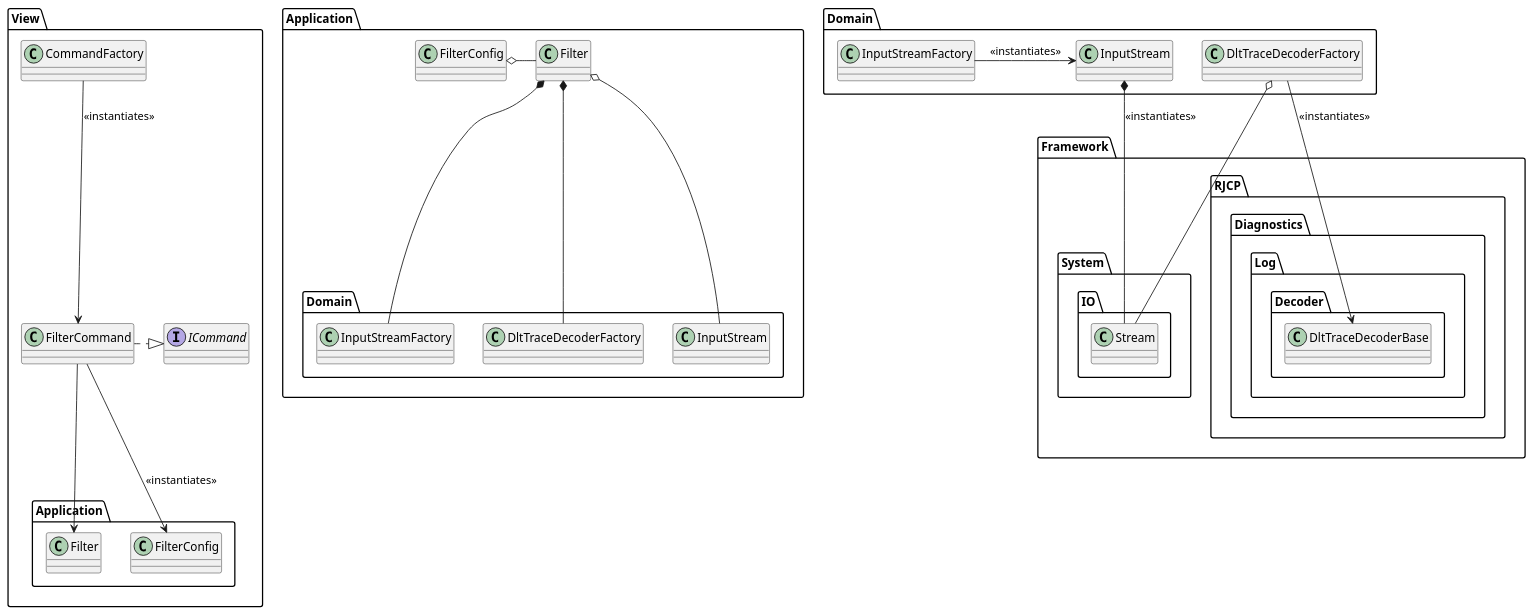
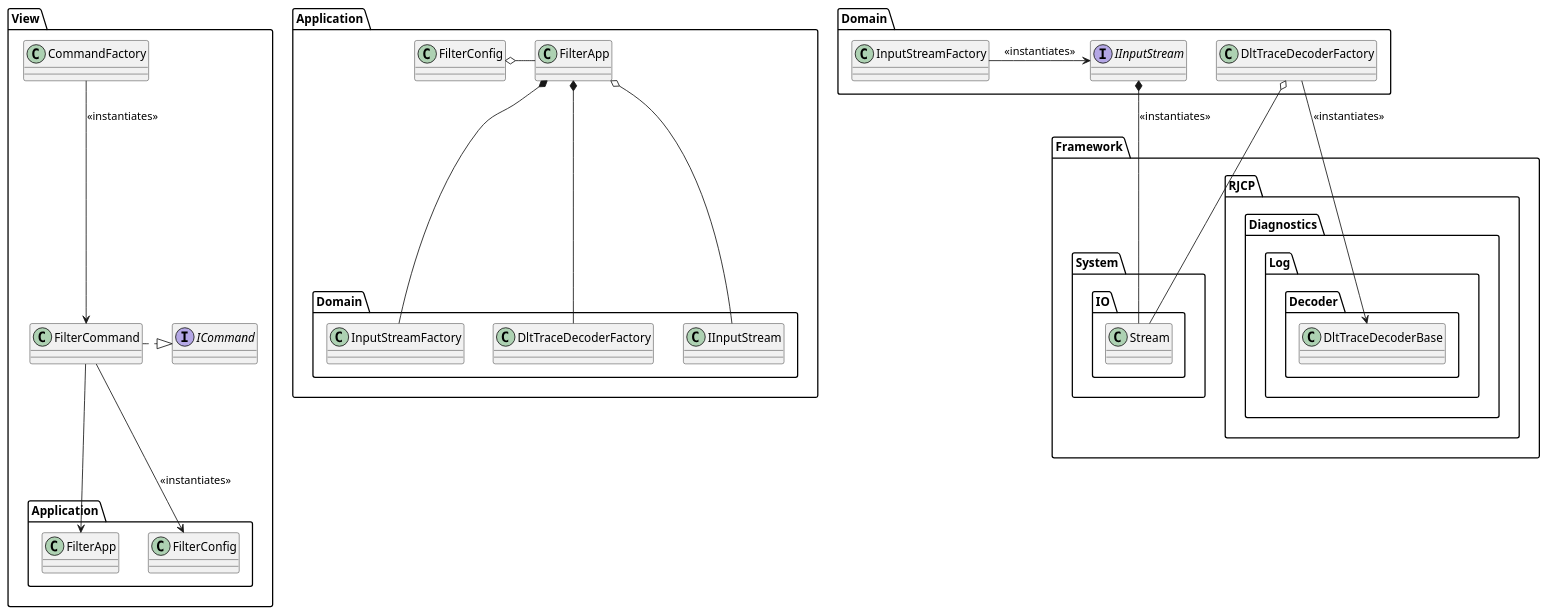
One commit to jcurl/RJCP.DLL.Log changed the diagram in apps/DltDump/docs/diagrams/appfilterinit.plantuml. Above: the diagram before and after it, drawn with PlantUML. The commit also changed 31 other files, not shown here.

```diff
--- a/apps/DltDump/docs/diagrams/appfilterinit.plantuml
+++ b/apps/DltDump/docs/diagrams/appfilterinit.plantuml
@@ -1,52 +1,52 @@
 @startuml App.Filter.Initialization
 
 namespace View {
     class CommandFactory
 
     interface ICommand
     class FilterCommand
 
     ICommand <|.l.FilterCommand
 
     CommandFactory --> FilterCommand : <<instantiates>>
 
-    FilterCommand --> Application.Filter
+    FilterCommand --> Application.FilterApp
     FilterCommand --> Application.FilterConfig : <<instantiates>>
 }
 
 'View.HelpCommand --> Framework.System.Console
 
 namespace Application {
-    class Filter
+    class FilterApp
     class FilterConfig
 
-    FilterConfig o-r- Filter
+    FilterConfig o-r- FilterApp
 
-    Filter *-d- Domain.InputStreamFactory
-    Filter *-d- Domain.DltTraceDecoderFactory
-    Filter o-d- Domain.InputStream
+    FilterApp *-d- Domain.InputStreamFactory
+    FilterApp *-d- Domain.DltTraceDecoderFactory
+    FilterApp o-d- Domain.IInputStream
 }
 
 namespace Domain {
     class InputStreamFactory
-    class InputStream
+    interface IInputStream
     class DltTraceDecoderFactory
 
-    InputStreamFactory -r-> InputStream : <<instantiates>>
+    InputStreamFactory -r-> IInputStream : <<instantiates>>
 }
 
 namespace Framework {
     namespace System.IO {
         class Stream
     }
 
     namespace RJCP.Diagnostics.Log.Decoder {
         class DltTraceDecoderBase
     }
 
-    Domain.InputStream *-d- System.IO.Stream : <<instantiates>>
+    Domain.IInputStream *-d- System.IO.Stream : <<instantiates>>
     Domain.DltTraceDecoderFactory --> RJCP.Diagnostics.Log.Decoder.DltTraceDecoderBase : <<instantiates>>
     Domain.DltTraceDecoderFactory o-d- System.IO.Stream
 }
 
 @enduml
```
